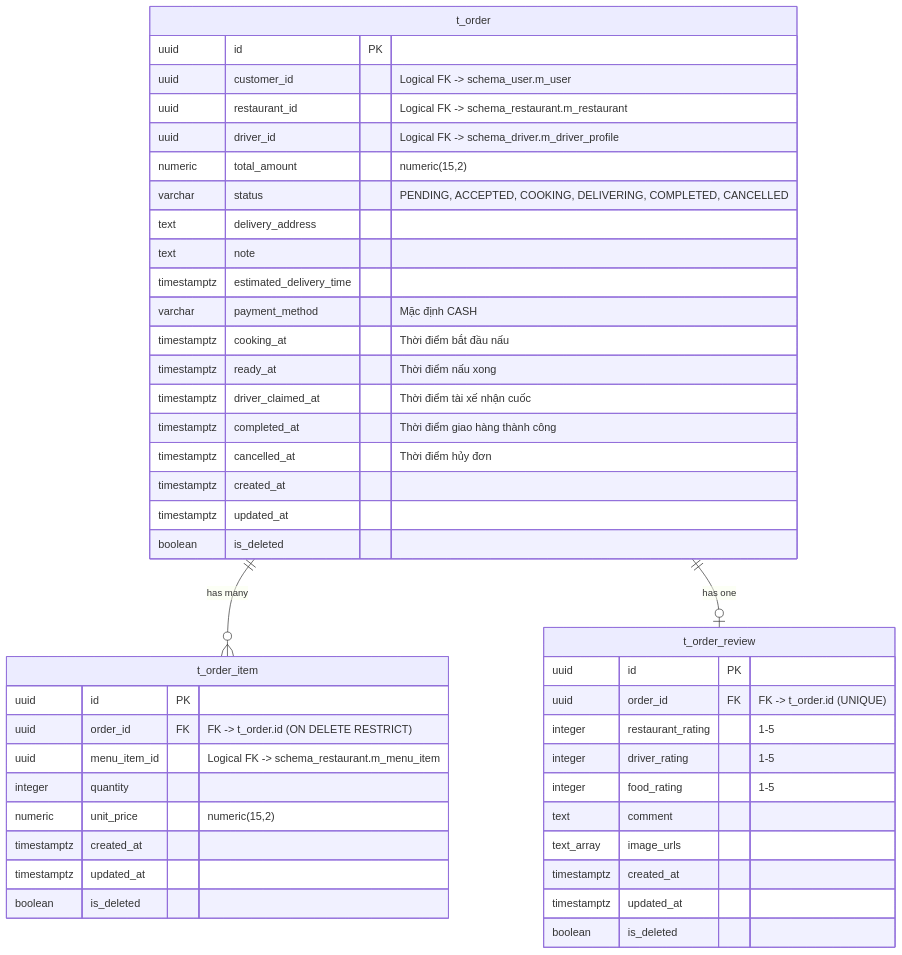
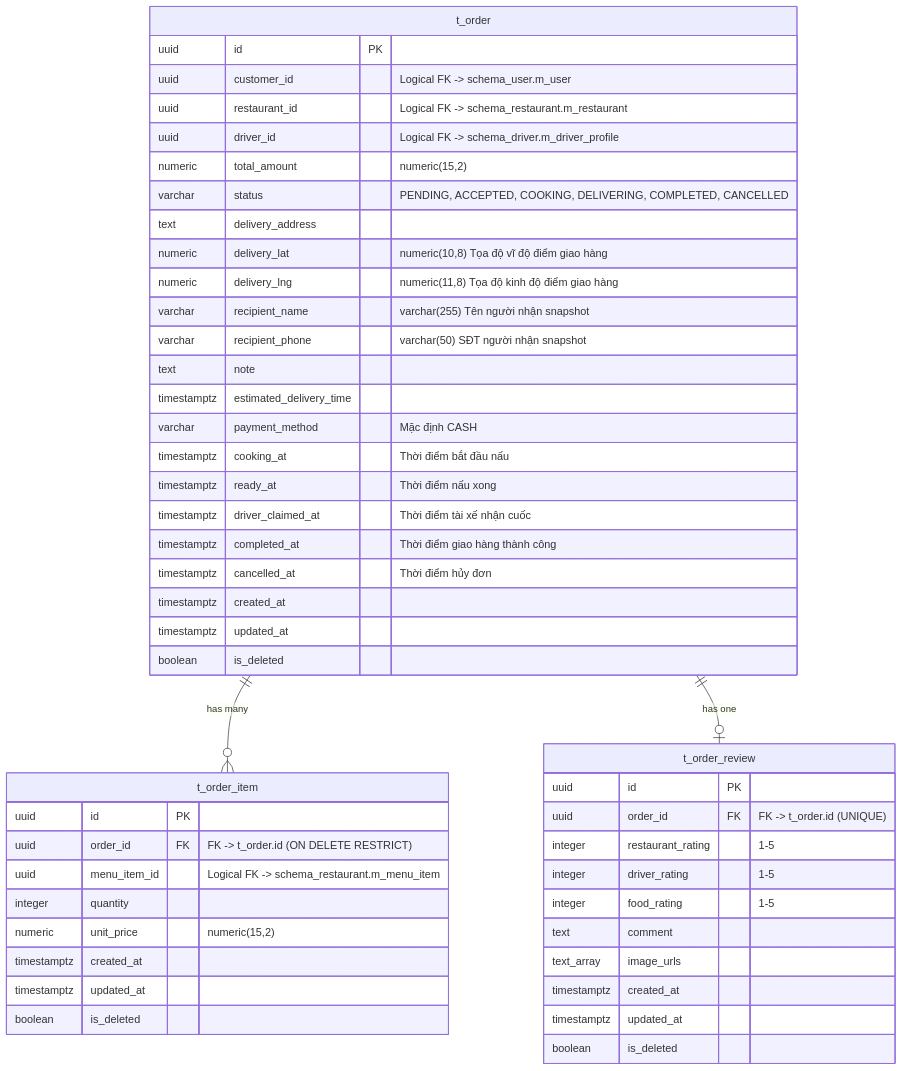
Before and after one commit to DuyBinh2003/FoodDelivery: the second of 2 diagrams in docs/services/order-service.md, drawn with Mermaid. The commit also changed 47 other files, not shown here.

````diff
--- a/docs/services/order-service.md
+++ b/docs/services/order-service.md
@@ -151,50 +151,54 @@
 ```mermaid
 erDiagram
     t_order ||--o{ t_order_item : "has many"
     t_order ||--o| t_order_review : "has one"
 
     t_order {
         uuid id PK
         uuid customer_id "Logical FK -> schema_user.m_user"
         uuid restaurant_id "Logical FK -> schema_restaurant.m_restaurant"
         uuid driver_id "Logical FK -> schema_driver.m_driver_profile"
         numeric total_amount "numeric(15,2)"
         varchar status "PENDING, ACCEPTED, COOKING, DELIVERING, COMPLETED, CANCELLED"
         text delivery_address
+        numeric delivery_lat "numeric(10,8) Tọa độ vĩ độ điểm giao hàng"
+        numeric delivery_lng "numeric(11,8) Tọa độ kinh độ điểm giao hàng"
+        varchar recipient_name "varchar(255) Tên người nhận snapshot"
+        varchar recipient_phone "varchar(50) SĐT người nhận snapshot"
         text note
         timestamptz estimated_delivery_time
         varchar payment_method "Mặc định CASH"
         timestamptz cooking_at "Thời điểm bắt đầu nấu"
         timestamptz ready_at "Thời điểm nấu xong"
         timestamptz driver_claimed_at "Thời điểm tài xế nhận cuốc"
         timestamptz completed_at "Thời điểm giao hàng thành công"
         timestamptz cancelled_at "Thời điểm hủy đơn"
         timestamptz created_at
         timestamptz updated_at
         boolean is_deleted
     }
 
     t_order_item {
         uuid id PK
         uuid order_id FK "FK -> t_order.id (ON DELETE RESTRICT)"
         uuid menu_item_id "Logical FK -> schema_restaurant.m_menu_item"
         integer quantity
         numeric unit_price "numeric(15,2)"
         timestamptz created_at
         timestamptz updated_at
         boolean is_deleted
     }
 
     t_order_review {
         uuid id PK
         uuid order_id FK "FK -> t_order.id (UNIQUE)"
         integer restaurant_rating "1-5"
         integer driver_rating "1-5"
         integer food_rating "1-5"
         text comment
         text_array image_urls
         timestamptz created_at
         timestamptz updated_at
         boolean is_deleted
     }
 ```
````
